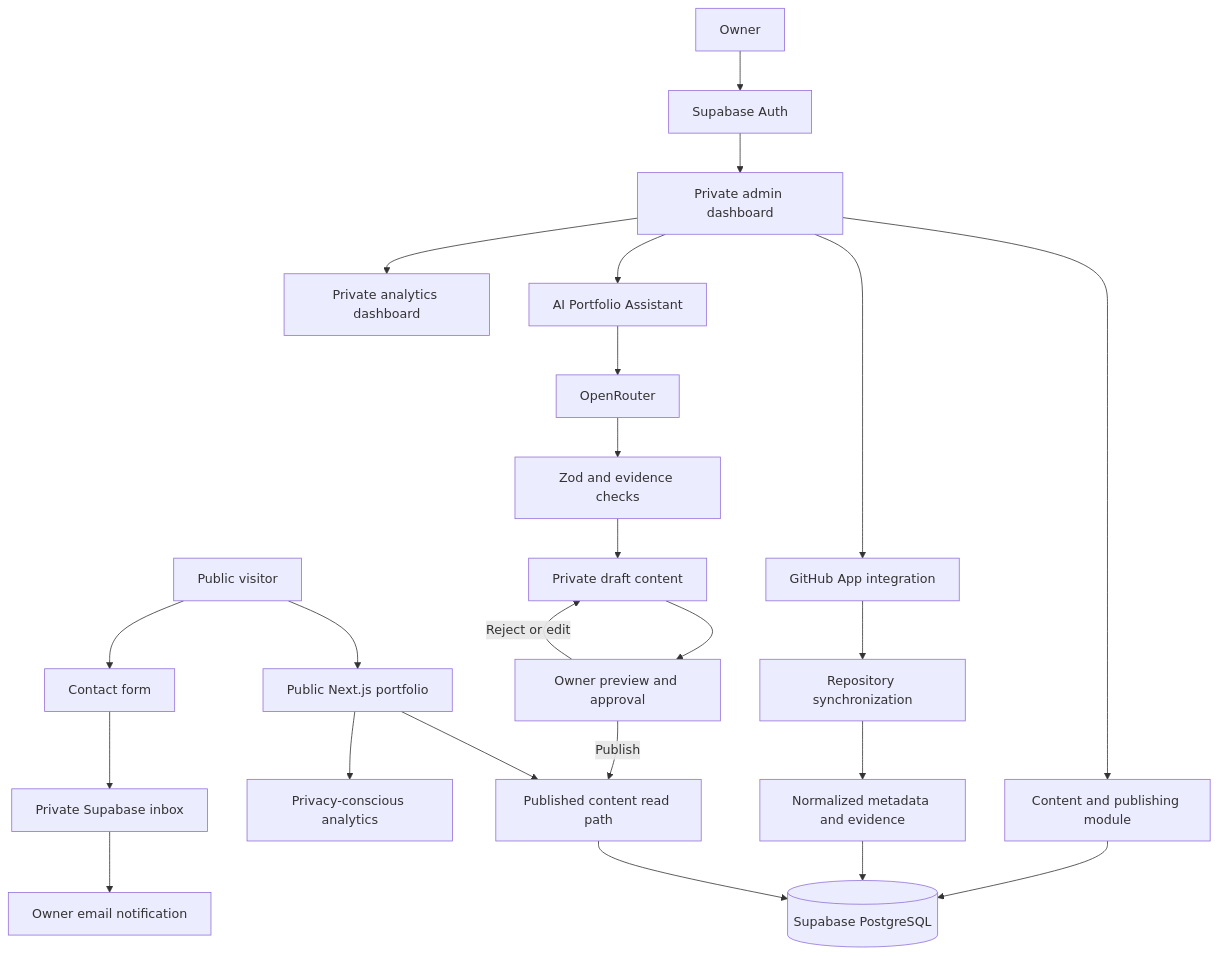
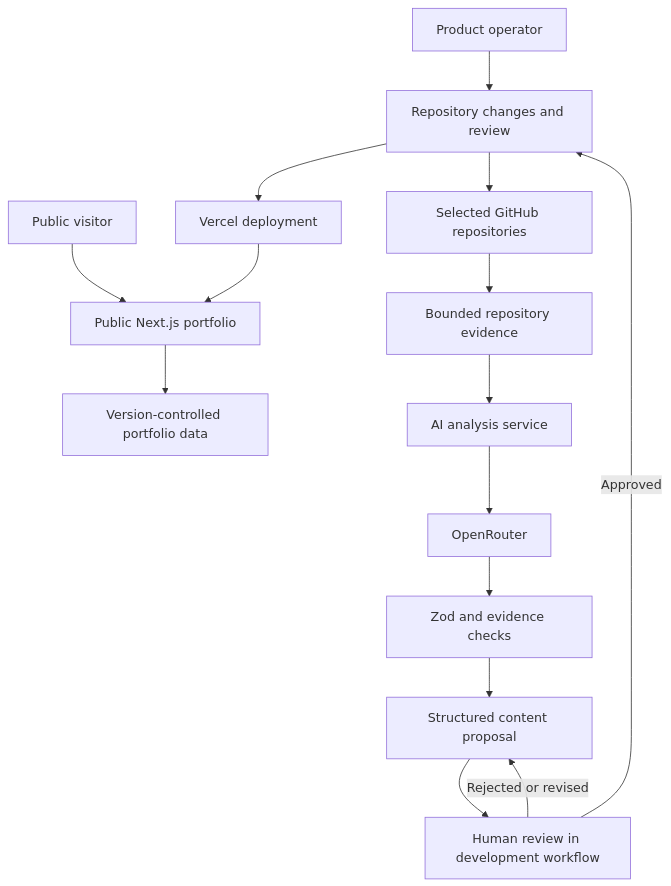
One commit to victorikaraoha23/morphfolio changed the diagram in docs/ARCHITECTURE.md. Above: the diagram before and after it, drawn with Mermaid. The commit also changed other lines of this file and 29 other files, not shown here.

Commit message:
Remove Supabase and auth from personal-first MorphFolio

````diff
--- a/docs/ARCHITECTURE.md
+++ b/docs/ARCHITECTURE.md
@@ -39,26 +32,17 @@
 ```mermaid
 flowchart TD
   VISITOR[Public visitor] --> WEB[Public Next.js portfolio]
-  WEB --> PUB[Published content read path]
-  PUB --> DB[(Supabase PostgreSQL)]
-  OWNER[Owner] --> AUTH[Supabase Auth]
-  AUTH --> ADMIN[Private admin dashboard]
-  ADMIN --> CMS[Content and publishing module]
-  CMS --> DB
-  ADMIN --> GH[GitHub App integration]
-  GH --> SYNC[Repository synchronization]
-  SYNC --> EVIDENCE[Normalized metadata and evidence]
-  EVIDENCE --> DB
-  ADMIN --> AI[AI Portfolio Assistant]
+  WEB --> CONTENT[Version-controlled portfolio data]
+  OWNER[Product operator] --> GIT[Repository changes and review]
+  GIT --> DEPLOY[Vercel deployment]
+  DEPLOY --> WEB
+  GIT --> GH[Selected GitHub repositories]
+  GH --> EVIDENCE[Bounded repository evidence]
+  EVIDENCE --> AI[AI analysis service]
   AI --> OR[OpenRouter]
   OR --> VALIDATE[Zod and evidence checks]
-  VALIDATE --> DRAFT[Private draft content]
-  DRAFT --> REVIEW[Owner preview and approval]
-  REVIEW -->|Publish| PUB
-  REVIEW -->|Reject or edit| DRAFT
-  VISITOR --> CONTACT[Contact form]
-  CONTACT --> INBOX[Private Supabase inbox]
-  INBOX --> EMAIL[Owner email notification]
-  WEB --> ANALYTICS[Privacy-conscious analytics]
-  ADMIN --> ANALYTICS_DASH[Private analytics dashboard]
+  VALIDATE --> PROPOSAL[Structured content proposal]
+  PROPOSAL --> REVIEW[Human review in development workflow]
+  REVIEW -->|Approved| GIT
+  REVIEW -->|Rejected or revised| PROPOSAL
 ```
````
